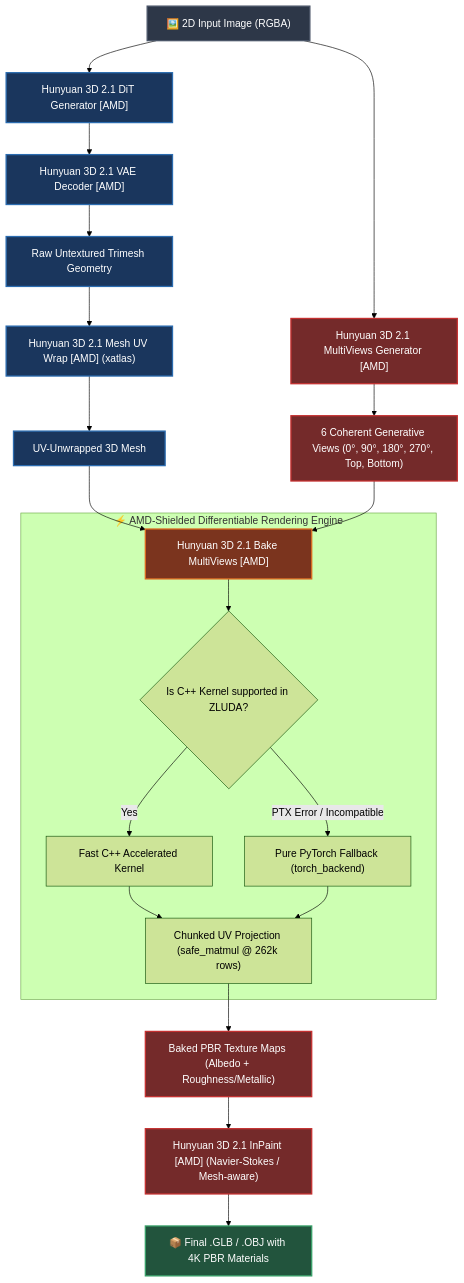
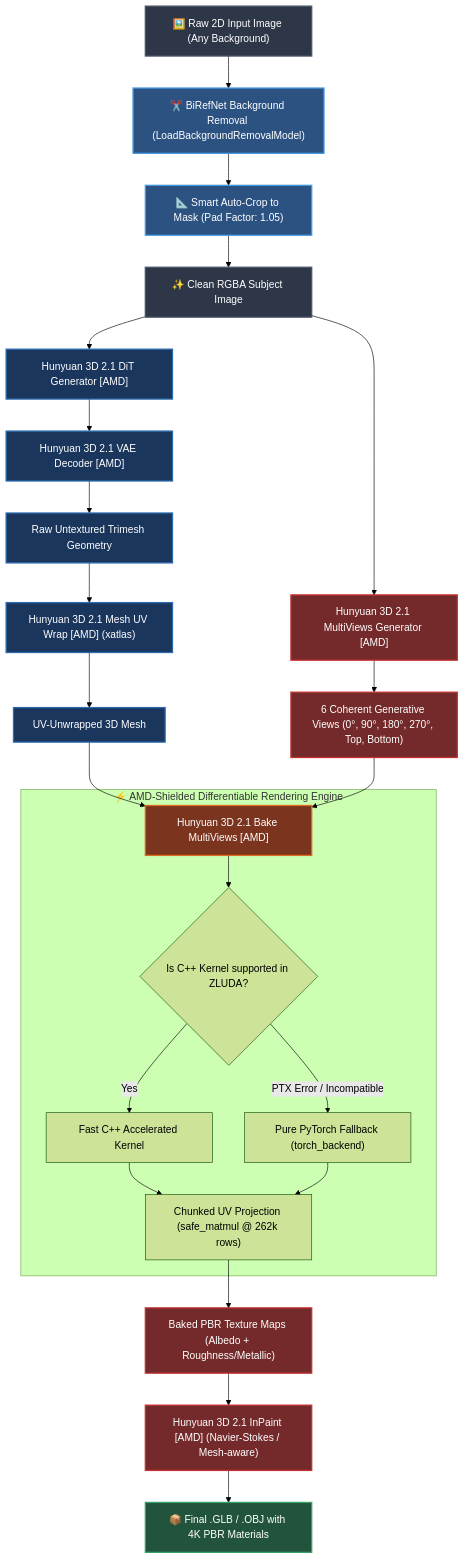
The first of 2 diagrams in README.md (mnector/ComfyUI-HY3Dv21-AMD), drawn with Mermaid (forest theme) before and after one commit. The commit also changed other lines of this file and 15 other files, not shown here.

Commit message:
feat(workflow): integrate BiRefNet background removal, automate model downloader, and protect production workflow

````diff
--- a/README.md
+++ b/README.md
@@ -65,31 +65,36 @@
 ```mermaid
 flowchart TD
     classDef inputStyle fill:#2d3748,stroke:#4a5568,stroke-width:2px,color:#fff;
+    classDef bgStyle fill:#2c5282,stroke:#4299e1,stroke-width:2px,color:#fff;
     classDef shapeStyle fill:#1a365d,stroke:#2b6cb0,stroke-width:2px,color:#fff;
     classDef paintStyle fill:#742a2a,stroke:#c53030,stroke-width:2px,color:#fff;
     classDef amdStyle fill:#7b341e,stroke:#dd6b20,stroke-width:2px,color:#fff;
     classDef outStyle fill:#22543d,stroke:#38a169,stroke-width:2px,color:#fff;
 
-    A["🖼️ 2D Input Image (RGBA)"]:::inputStyle --> B["Hunyuan 3D 2.1 DiT Generator [AMD]"]:::shapeStyle
+    Raw["🖼️ Raw 2D Input Image (Any Background)"]:::inputStyle --> BG["✂️ BiRefNet Background Removal (LoadBackgroundRemovalModel)"]:::bgStyle
+    BG --> Crop["📐 Smart Auto-Crop to Mask (Pad Factor: 1.05)"]:::bgStyle
+    Crop --> A["✨ Clean RGBA Subject Image"]:::inputStyle
+
+    A --> B["Hunyuan 3D 2.1 DiT Generator [AMD]"]:::shapeStyle
     B --> C["Hunyuan 3D 2.1 VAE Decoder [AMD]"]:::shapeStyle
     C --> D["Raw Untextured Trimesh Geometry"]:::shapeStyle
 
     D --> E["Hunyuan 3D 2.1 Mesh UV Wrap [AMD] (xatlas)"]:::shapeStyle
     E --> F["UV-Unwrapped 3D Mesh"]:::shapeStyle
 
     A --> G["Hunyuan 3D 2.1 MultiViews Generator [AMD]"]:::paintStyle
     G --> H["6 Coherent Generative Views (0°, 90°, 180°, 270°, Top, Bottom)"]:::paintStyle
 
     F & H --> I["Hunyuan 3D 2.1 Bake MultiViews [AMD]"]:::amdStyle
     
     subgraph S["⚡ AMD-Shielded Differentiable Rendering Engine"]
         I --> J{"Is C++ Kernel supported in ZLUDA?"}
         J -- "Yes" --> K["Fast C++ Accelerated Kernel"]
         J -- "PTX Error / Incompatible" --> L["Pure PyTorch Fallback (torch_backend)"]
         K & L --> M["Chunked UV Projection (safe_matmul @ 262k rows)"]
     end
 
     M --> N["Baked PBR Texture Maps (Albedo + Roughness/Metallic)"]:::paintStyle
     N --> O["Hunyuan 3D 2.1 InPaint [AMD] (Navier-Stokes / Mesh-aware)"]:::paintStyle
     O --> P["📦 Final .GLB / .OBJ with 4K PBR Materials"]:::outStyle
 ```
````
